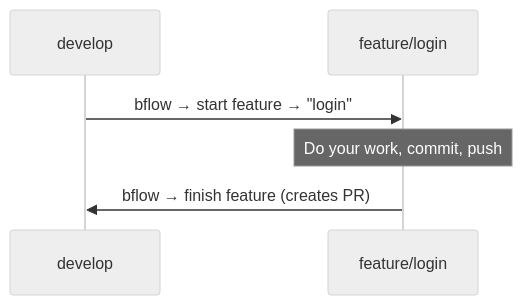
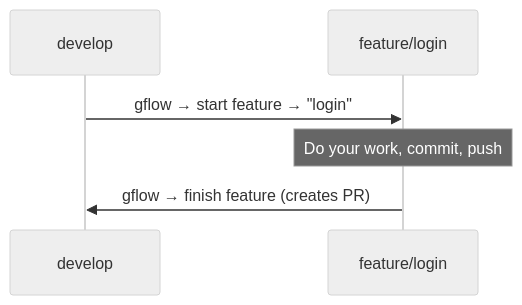
The second of 7 diagrams in README.md (middelkampdev/gflow), drawn with Mermaid (neutral theme) before and after one commit. The commit also changed other lines of this file and 55 other files, not shown here.

Commit message:
feat!: rebrand bflow to gflow under jopmiddelkamp/gflow

````diff
--- a/README.md
+++ b/README.md
@@ -472,9 +472,9 @@
 ```mermaid
 sequenceDiagram
     participant D as develop
     participant W as feature/login
 
-    D->>W: bflow → start feature → "login"
+    D->>W: gflow → start feature → "login"
     Note over W: Do your work, commit, push
-    W->>D: bflow → finish feature (creates PR)
+    W->>D: gflow → finish feature (creates PR)
 ```
````
